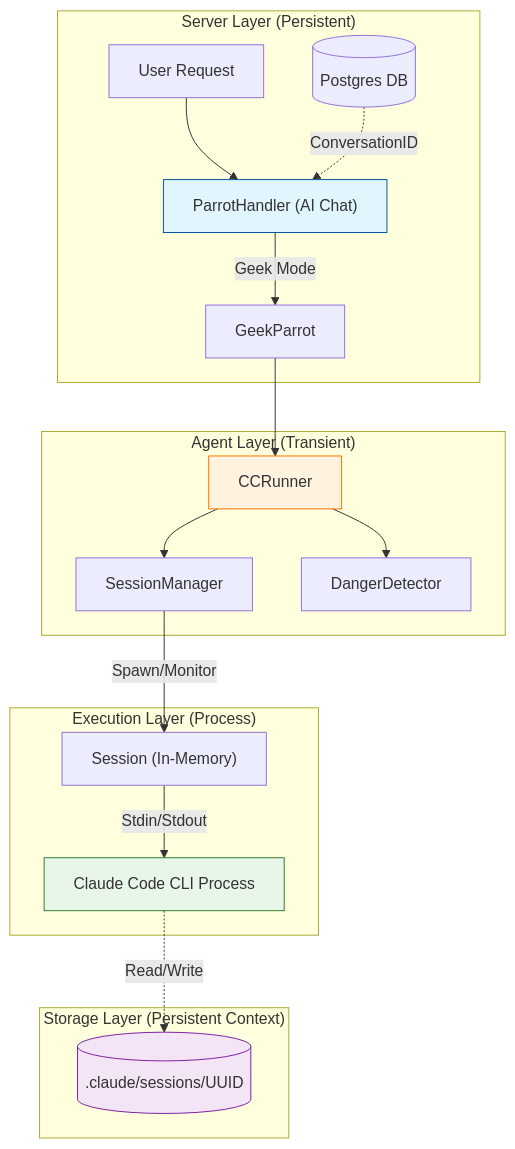
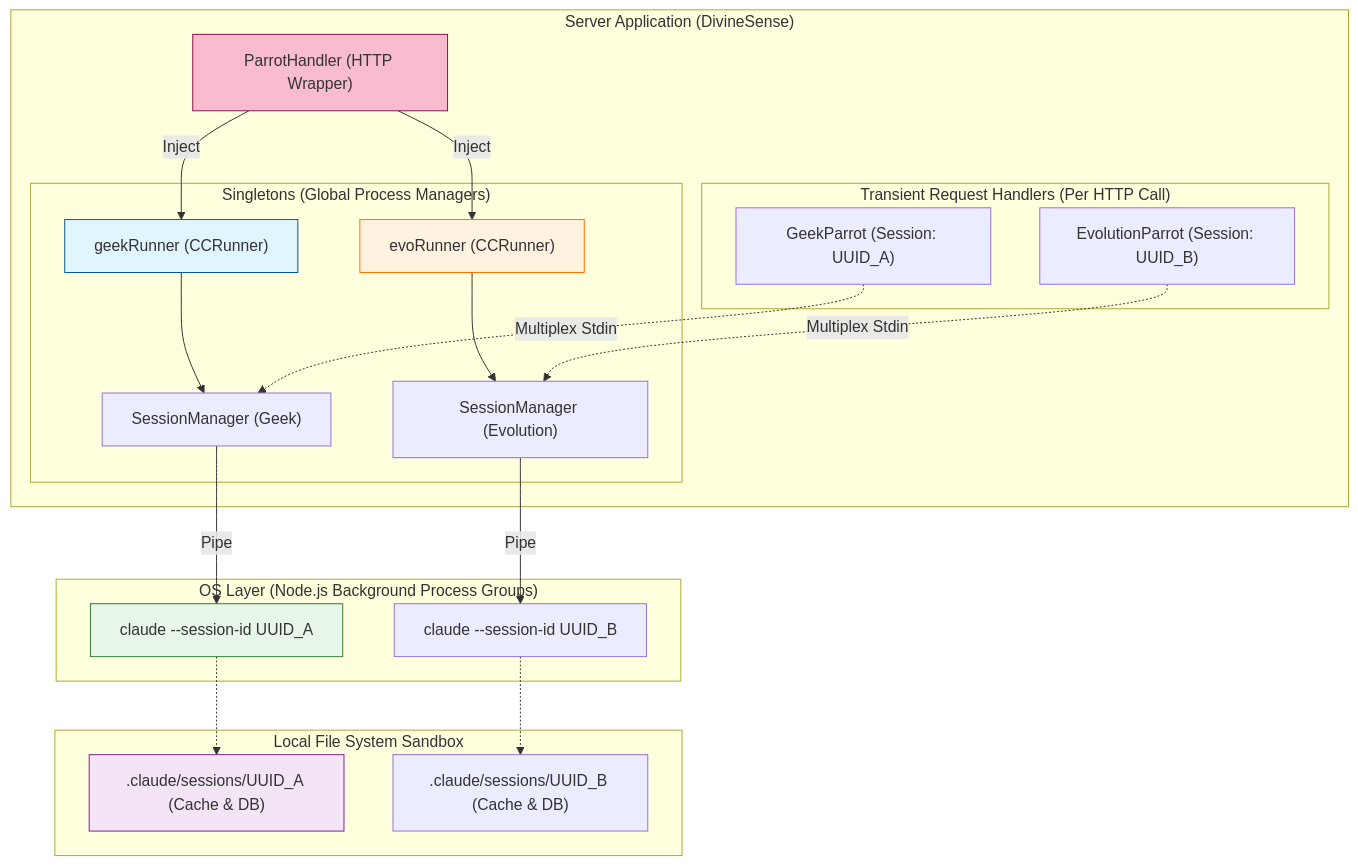
The first of 2 diagrams in docs/architecture/cc-runner-architecture.md (88lin/divinesense), drawn with Mermaid before and after one commit. The commit also changed other lines of this file and 23 other files, not shown here.

First line of the commit message:
refactor(ai/runner): CCRunner 多路复用架构升级与优雅关闭 (#272)

````diff
--- a/docs/architecture/cc-runner-architecture.md
+++ b/docs/architecture/cc-runner-architecture.md
@@ -22,28 +24,50 @@
 ```mermaid
 graph TD
-    subgraph "Server Layer (Persistent)"
-        User[User Request] --> Handler["ParrotHandler (AI Chat)"]
-        Handler -->|Geek Mode| Geek[GeekParrot]
-        DB[(Postgres DB)] -.->|ConversationID| Handler
+    subgraph "Server Application (DivineSense)"
+        Handler["ParrotHandler (HTTP Wrapper)"]
+        
+        subgraph "Singletons (Global Process Managers)"
+            GeekR["geekRunner (CCRunner)"]
+            EvoR["evoRunner (CCRunner)"]
+            
+            SM_G["SessionManager (Geek)"]
+            SM_E["SessionManager (Evolution)"]
+            
+            GeekR --> SM_G
+            EvoR --> SM_E
+        end
+        
+        Handler -->|Inject| GeekR
+        Handler -->|Inject| EvoR
+        
+        subgraph "Transient Request Handlers (Per HTTP Call)"
+            GeekP["GeekParrot (Session: UUID_A)"]
+            EvoP["EvolutionParrot (Session: UUID_B)"]
+            
+            GeekP -.->|Multiplex Stdin| SM_G
+            EvoP -.->|Multiplex Stdin| SM_E
+        end
     end
 
-    subgraph "Agent Layer (Transient)"
-        Geek --> Runner[CCRunner]
-        Runner --> Manager[SessionManager]
-        Runner --> Detector[DangerDetector]
+    subgraph "OS Layer (Node.js Background Process Groups)"
+        CLI_1["<PID: 1001> claude --session-id UUID_A"]
+        CLI_2["<PID: 2045> claude --session-id UUID_B"]
+        
+        SM_G -->|Pipe| CLI_1
+        SM_E -->|Pipe| CLI_2
     end
 
-    subgraph "Execution Layer (Process)"
-        Manager -->|Spawn/Monitor| Session["Session (In-Memory)"]
-        Session -->|Stdin/Stdout| CLI[Claude Code CLI Process]
+    subgraph "Local File System Sandbox"
+        Disk_A[".claude/sessions/UUID_A (Cache & DB)"]
+        Disk_B[".claude/sessions/UUID_B (Cache & DB)"]
+        
+        CLI_1 -.-> Disk_A
+        CLI_2 -.-> Disk_B
     end
 
-    subgraph "Storage Layer (Persistent Context)"
-        CLI -.->|Read/Write| Disk[(.claude/sessions/UUID)]
-    end
-
-    style Handler fill:#e1f5fe,stroke:#01579b
-    style Runner fill:#fff3e0,stroke:#ff6f00
-    style CLI fill:#e8f5e9,stroke:#2e7d32
-    style Disk fill:#f3e5f5,stroke:#7b1fa2
+    style Handler fill:#f8bbd0,stroke:#880e4f
+    style GeekR fill:#e1f5fe,stroke:#01579b
+    style EvoR fill:#fff3e0,stroke:#ff6f00
+    style CLI_1 fill:#e8f5e9,stroke:#2e7d32
+    style Disk_A fill:#f3e5f5,stroke:#7b1fa2
 ```
````
